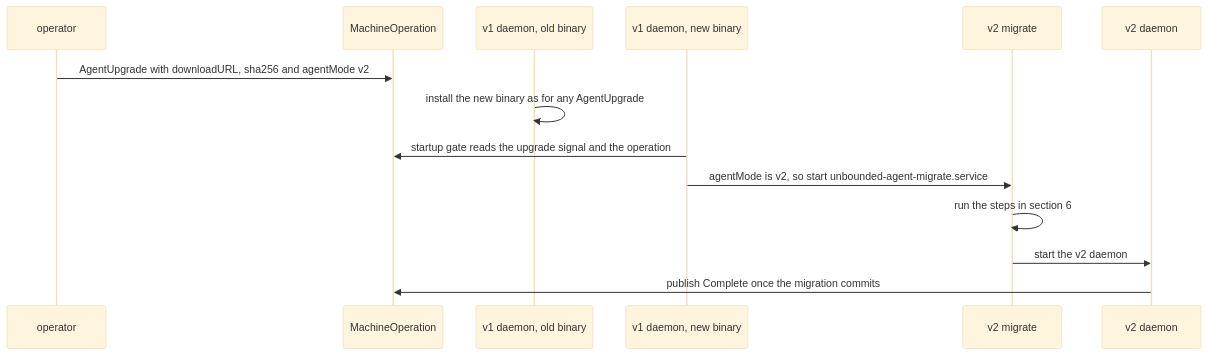
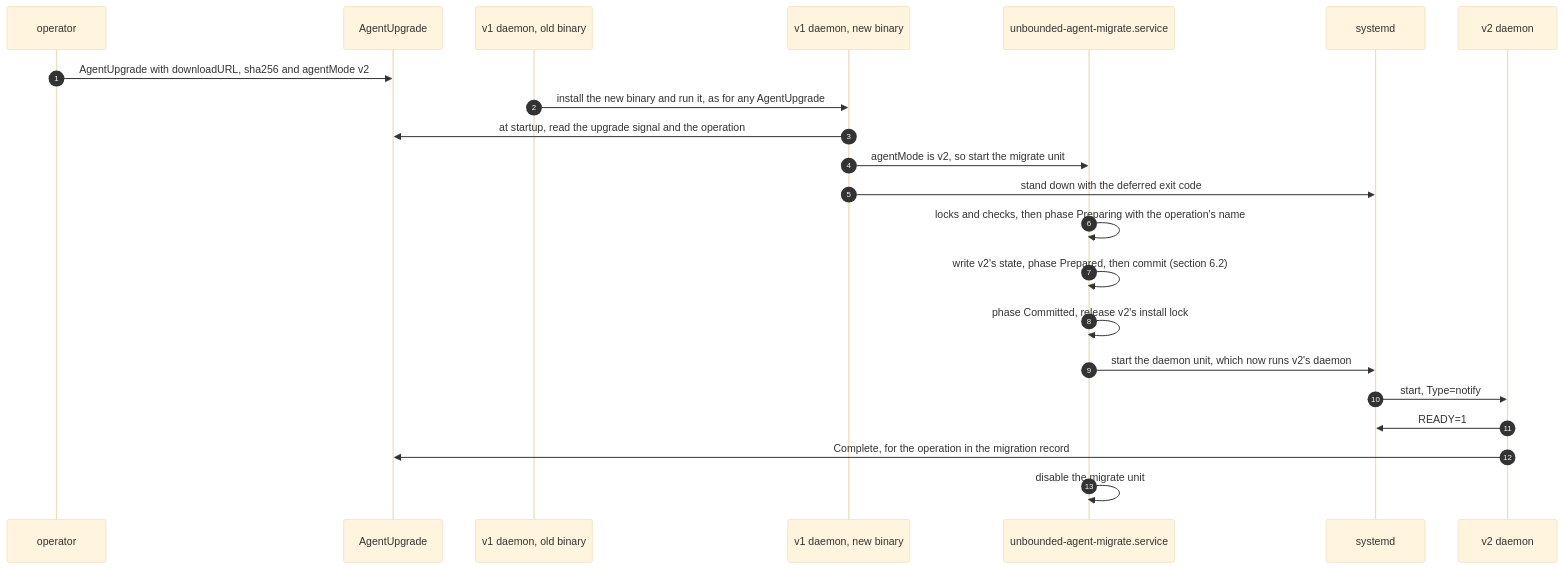
One commit to Azure/unbounded changed the third of 6 diagrams in designs/agent-v2/10-migration-from-v1.md. Above: the diagram before and after it, drawn with Mermaid (base theme). The commit also changed other lines of this file and 8 other files, not shown here.

````diff
--- a/designs/agent-v2/10-migration-from-v1.md
+++ b/designs/agent-v2/10-migration-from-v1.md
@@ -109,16 +196,24 @@
 ```mermaid
 sequenceDiagram
+  autonumber
   participant Op as operator
-  participant MO as MachineOperation
+  participant MO as AgentUpgrade
   participant D1 as v1 daemon, old binary
   participant N1 as v1 daemon, new binary
-  participant MG as v2 migrate
+  participant MG as unbounded-agent-migrate.service
+  participant SD as systemd
   participant D2 as v2 daemon
   Op->>MO: AgentUpgrade with downloadURL, sha256 and agentMode v2
-  D1->>D1: install the new binary as for any AgentUpgrade
-  N1->>MO: startup gate reads the upgrade signal and the operation
-  N1->>MG: agentMode is v2, so start unbounded-agent-migrate.service
-  MG->>MG: run the steps in section 6
-  MG->>D2: start the v2 daemon
-  D2->>MO: publish Complete once the migration commits
+  D1->>N1: install the new binary and run it, as for any AgentUpgrade
+  N1->>MO: at startup, read the upgrade signal and the operation
+  N1->>MG: agentMode is v2, so start the migrate unit
+  N1->>SD: stand down with the deferred exit code
+  MG->>MG: locks and checks, then phase Preparing with the operation's name
+  MG->>MG: write v2's state, phase Prepared, then commit (section 6.2)
+  MG->>MG: phase Committed, release v2's install lock
+  MG->>SD: start the daemon unit, which now runs v2's daemon
+  SD->>D2: start, Type=notify
+  D2->>SD: READY=1
+  D2->>MO: Complete, for the operation in the migration record
+  MG->>MG: disable the migrate unit
 ```
````
